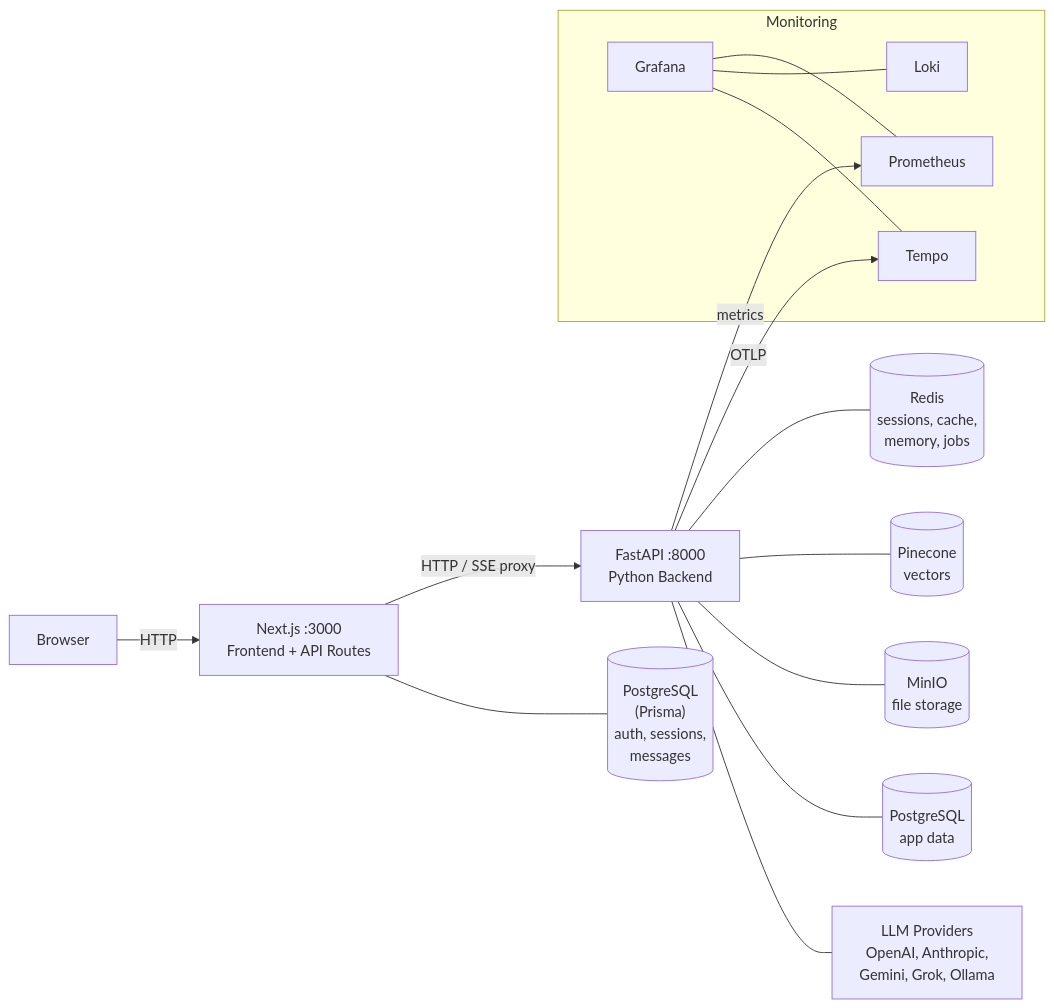
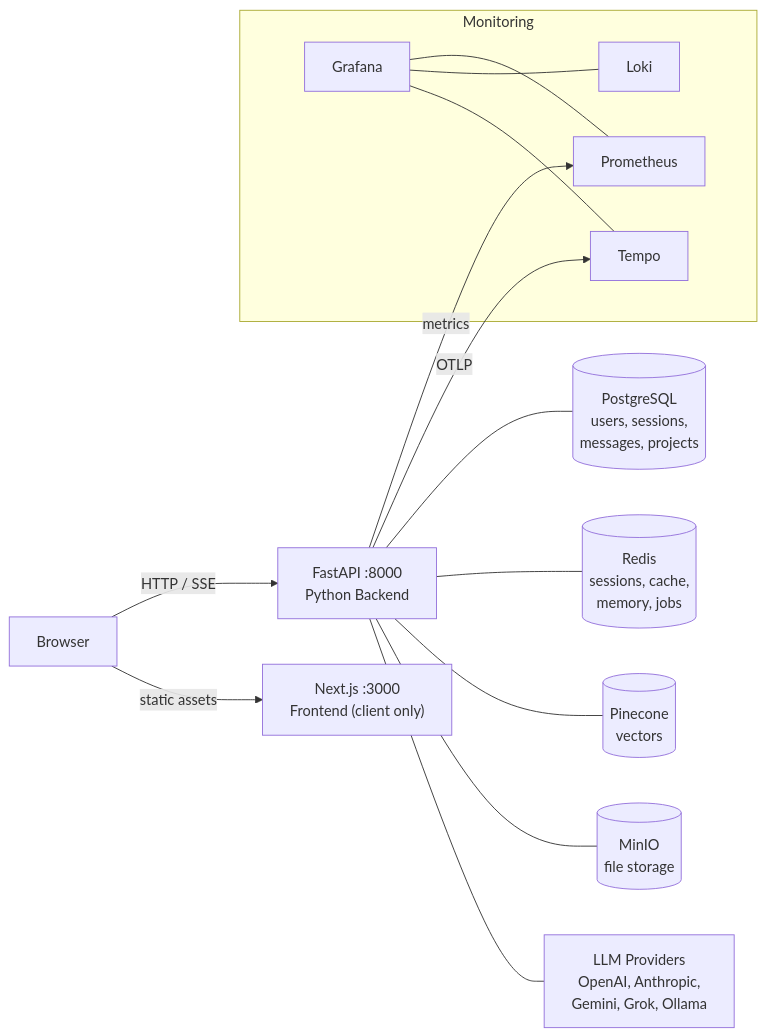
The first of 3 diagrams in docs/architecture/overview.md (Pragadeesh122/AgenticRag), drawn with Mermaid before and after one commit. The commit also changed other lines of this file and 6 other files, not shown here.

Commit message:
updated architecture docs

````diff
--- a/docs/architecture/overview.md
+++ b/docs/architecture/overview.md
@@ -7,26 +7,24 @@
 ```mermaid
 graph LR
-    Browser -->|HTTP| NextJS["Next.js :3000<br/>Frontend + API Routes"]
-    NextJS -->|HTTP / SSE proxy| FastAPI["FastAPI :8000<br/>Python Backend"]
+    Browser -->|HTTP / SSE| FastAPI["FastAPI :8000<br/>Python Backend"]
+    Browser -->|static assets| NextJS["Next.js :3000<br/>Frontend (client only)"]
 
-    NextJS --- PrismaDB[("PostgreSQL<br/>(Prisma)<br/>auth, sessions,<br/>messages")]
-
+    FastAPI --- DB[("PostgreSQL<br/>users, sessions,<br/>messages, projects")]
     FastAPI --- Redis[("Redis<br/>sessions, cache,<br/>memory, jobs")]
     FastAPI --- Pinecone[("Pinecone<br/>vectors")]
     FastAPI --- MinIO[("MinIO<br/>file storage")]
-    FastAPI --- AppDB[("PostgreSQL<br/>app data")]
     FastAPI --- LLM["LLM Providers<br/>OpenAI, Anthropic,<br/>Gemini, Grok, Ollama"]
 
     subgraph Monitoring
         Prometheus
         Loki
         Tempo
         Grafana
     end
 
     FastAPI -->|metrics| Prometheus
     FastAPI -->|OTLP| Tempo
     Grafana --- Prometheus
     Grafana --- Loki
     Grafana --- Tempo
 ```
````
